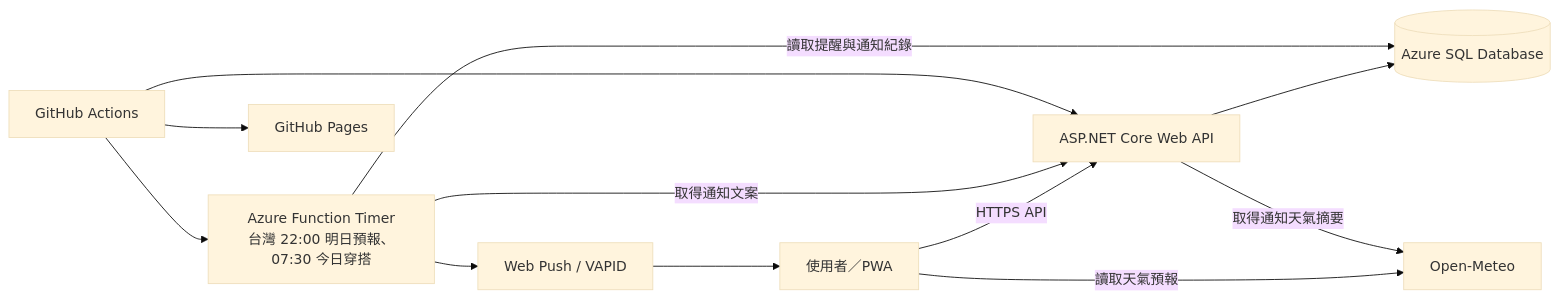
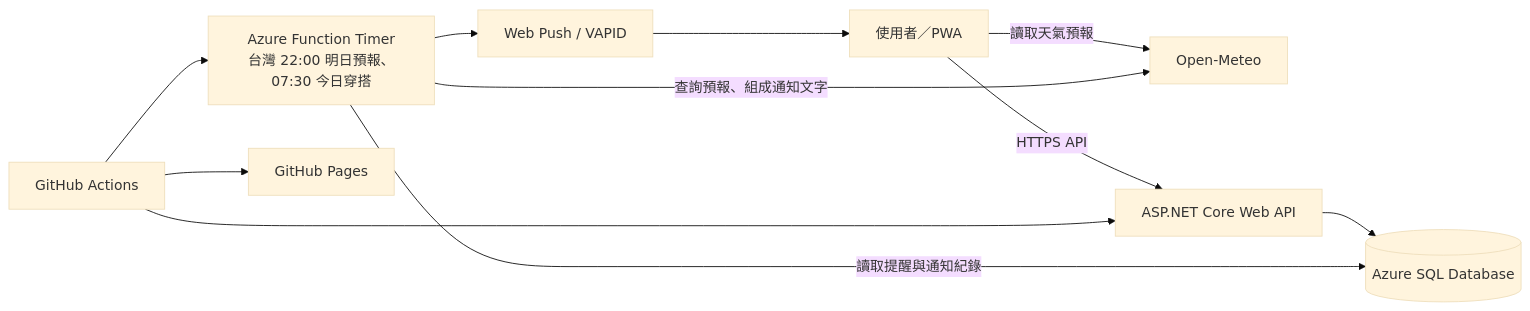
One commit to Jhen-H/WEATHER-OUTFIT changed the diagram in README.md. Above: the diagram before and after it, drawn with Mermaid (base theme). The commit also changed other lines of this file and 4 other files, not shown here.

````diff
--- a/README.md
+++ b/README.md
@@ -34,14 +34,13 @@
 ```mermaid
 flowchart LR
   U[使用者／PWA] -->|讀取天氣預報| W[Open-Meteo]
   U -->|HTTPS API| A[ASP.NET Core Web API]
   A --> S[(Azure SQL Database)]
-  A -->|取得通知天氣摘要| W
   F[Azure Function Timer<br/>台灣 22:00 明日預報、07:30 今日穿搭] -->|讀取提醒與通知紀錄| S
-  F -->|取得通知文案| A
+  F -->|查詢預報、組成通知文字| W
   F --> P[Web Push / VAPID]
   P --> U
   G[GitHub Actions] --> GH[GitHub Pages]
   G --> A
   G --> F
 ```
````
